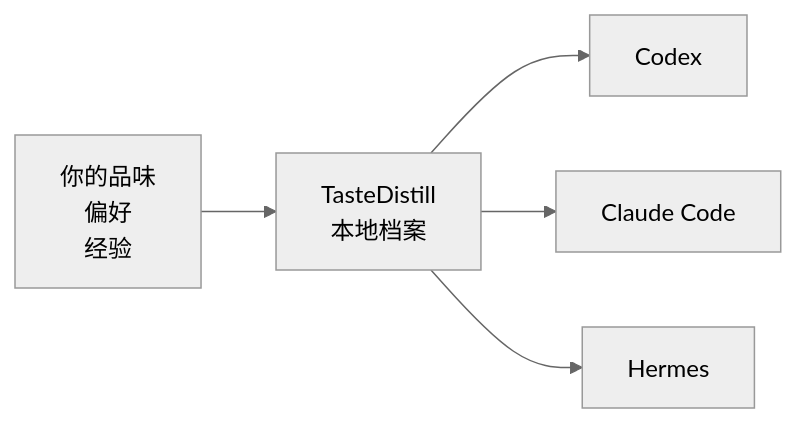
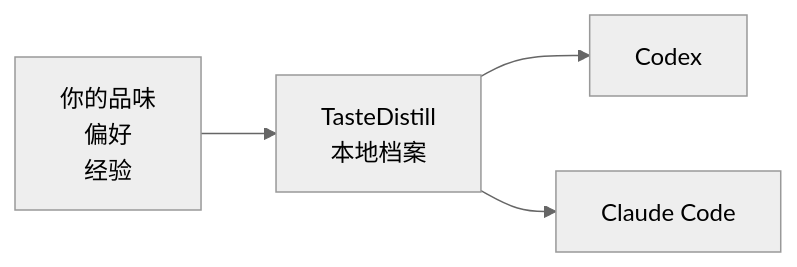
One commit to sssstwee/tastedistill changed the first of 3 diagrams in README.zh-CN.md. Above: the diagram before and after it, drawn with Mermaid (neutral theme). The commit also changed other lines of this file and 25 other files, not shown here.

````diff
--- a/README.zh-CN.md
+++ b/README.zh-CN.md
@@ -19,7 +19,6 @@
 ```mermaid
 flowchart LR
     A["你的品味<br/>偏好<br/>经验"] --> B["TasteDistill<br/>本地档案"]
     B --> C["Codex"]
     B --> D["Claude Code"]
-    B --> E["Hermes"]
 ```
````
